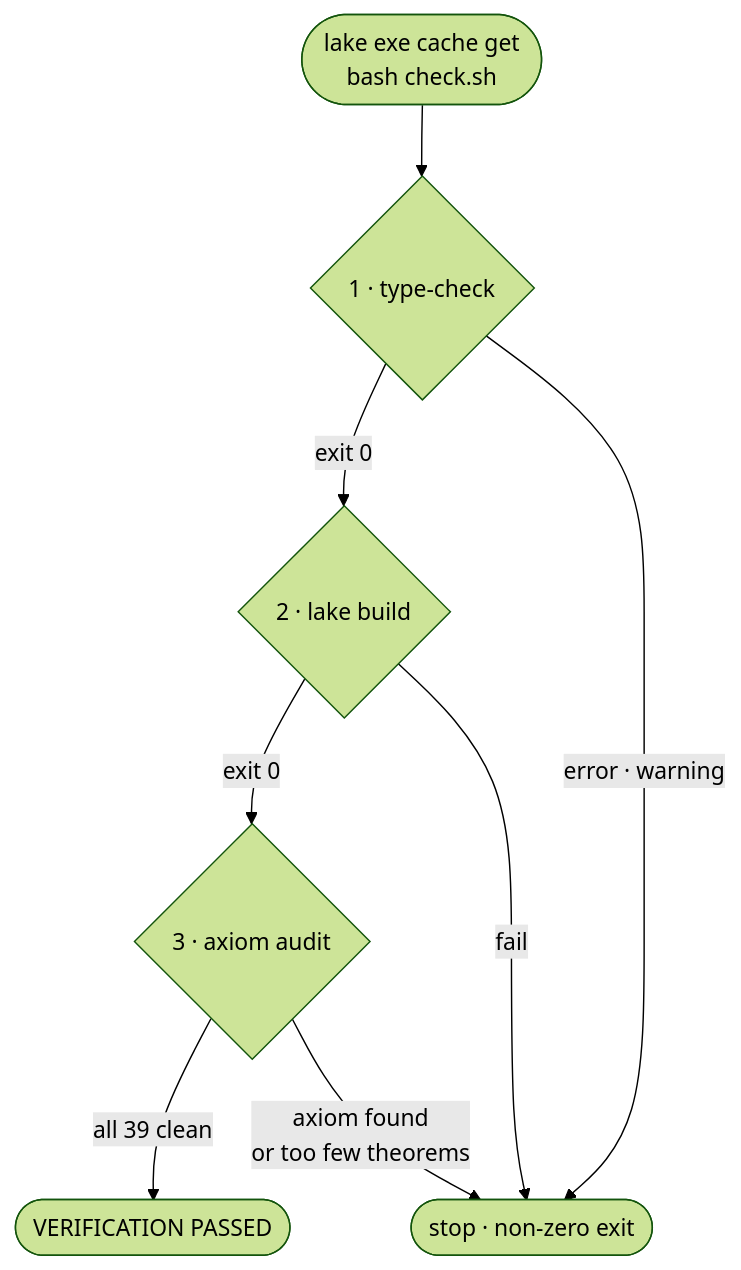
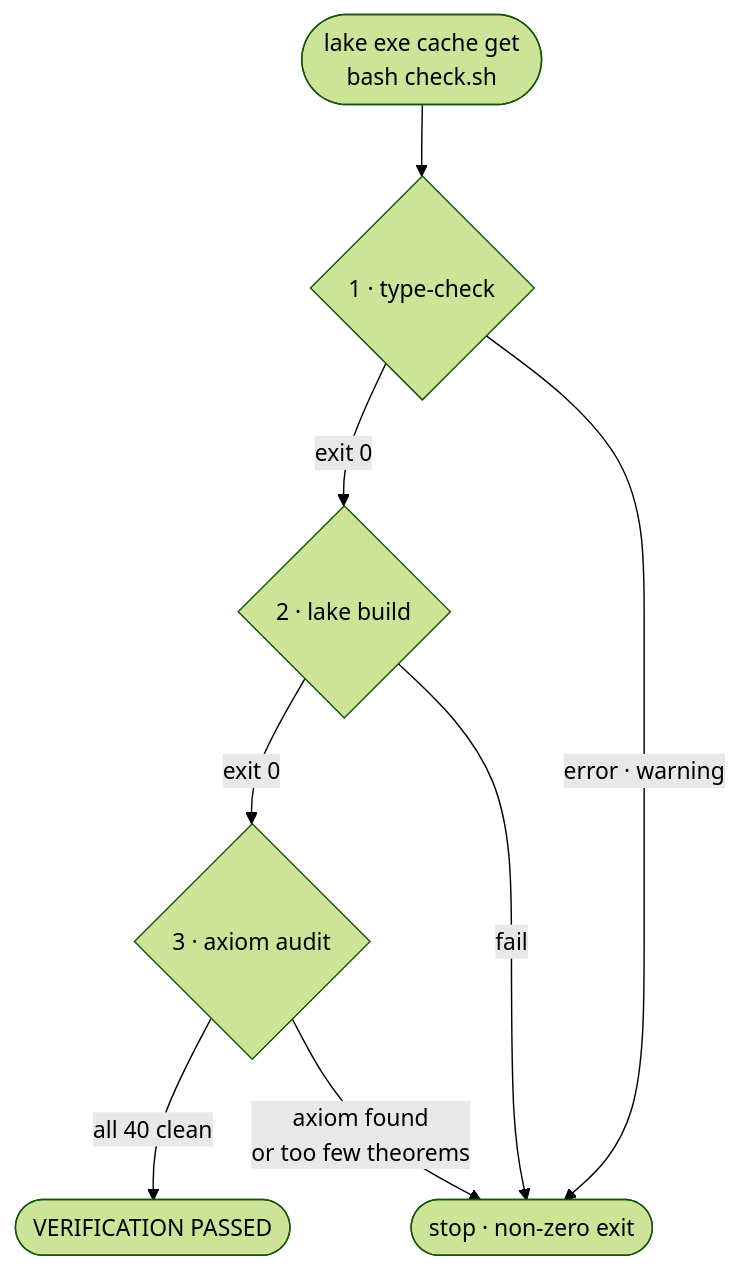
The sixth of 6 diagrams in README.md (ekoshv/actuality-and-necessary-ground-lean4), drawn with Mermaid (forest theme) before and after one commit. The commit also changed other lines of this file and 11 other files, not shown here.

````diff
--- a/README.md
+++ b/README.md
@@ -373,10 +390,10 @@
 ```mermaid
 flowchart TD
     Start(["lake exe cache get<br/>bash check.sh"]) --> G1{"1 · type-check"}
     G1 -->|"exit 0"| G2{"2 · lake build"}
     G1 -->|"error · warning"| Stop([stop · non-zero exit])
     G2 -->|"exit 0"| G3{"3 · axiom audit"}
     G2 -->|fail| Stop
-    G3 -->|"all 39 clean"| Pass([VERIFICATION PASSED])
+    G3 -->|"all 40 clean"| Pass([VERIFICATION PASSED])
     G3 -->|"axiom found<br/>or too few theorems"| Stop
 ```
````
